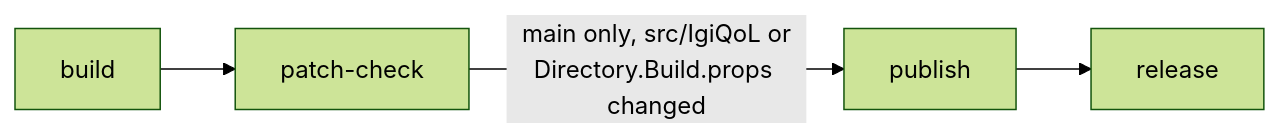
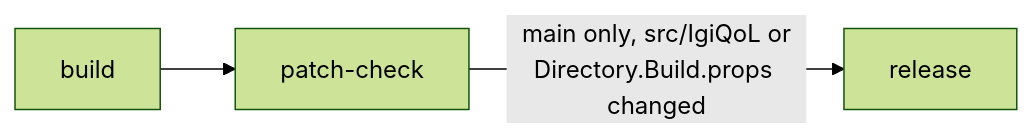
One commit to williammabernathy/Igi-s-QoL-Modpack changed the diagram in docs/ci.md. Above: the diagram before and after it, drawn with Mermaid (forest theme). The commit also changed other lines of this file and 7 other files, not shown here.

````diff
--- a/docs/ci.md
+++ b/docs/ci.md
@@ -5,6 +5,5 @@
 ```mermaid
 flowchart LR
     build --> patch-check
-    patch-check -->|main only, src/IgiQoL or<br/>Directory.Build.props changed| publish
-    publish --> release
+    patch-check -->|main only, src/IgiQoL or<br/>Directory.Build.props changed| release
 ```
````
